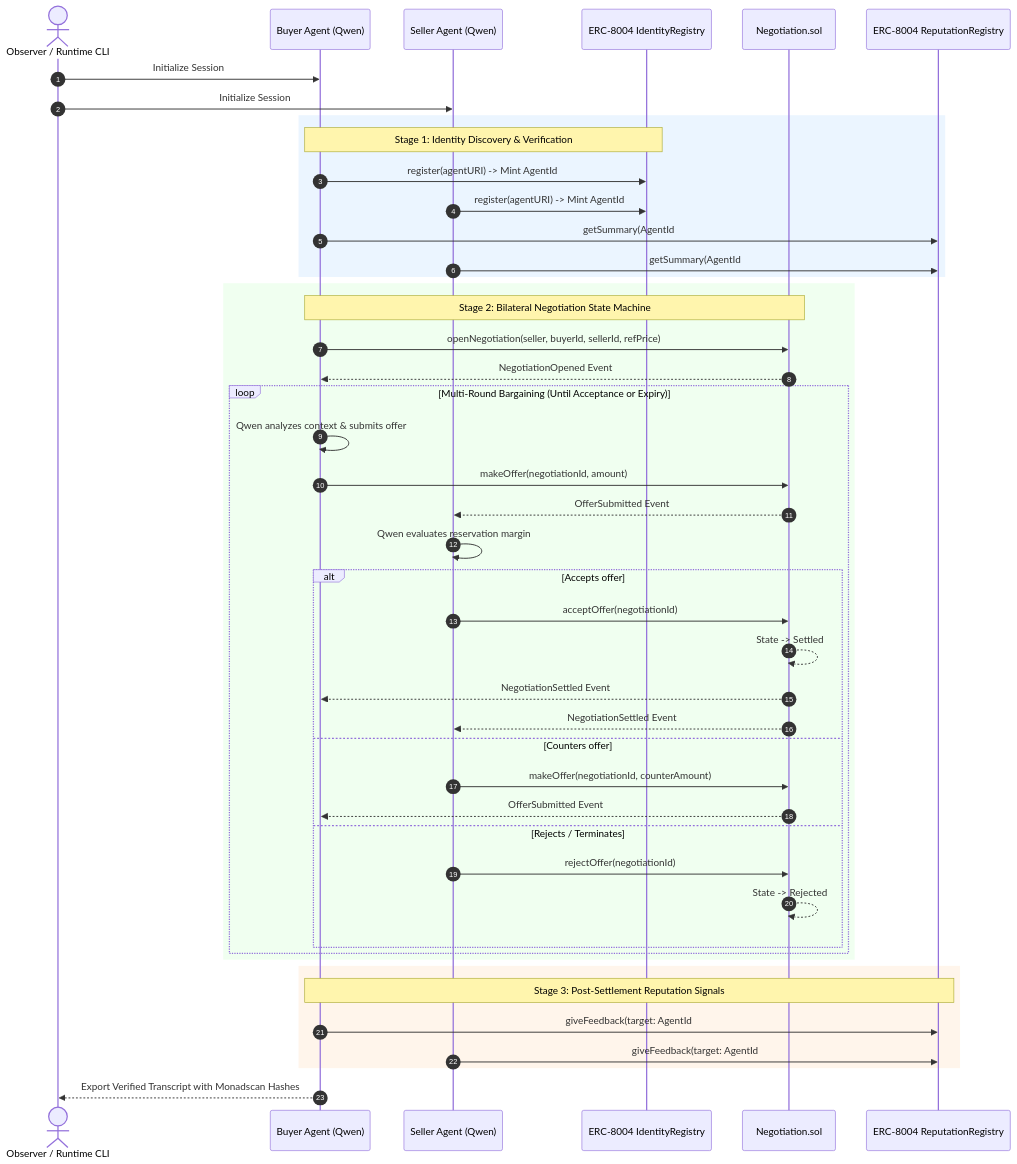
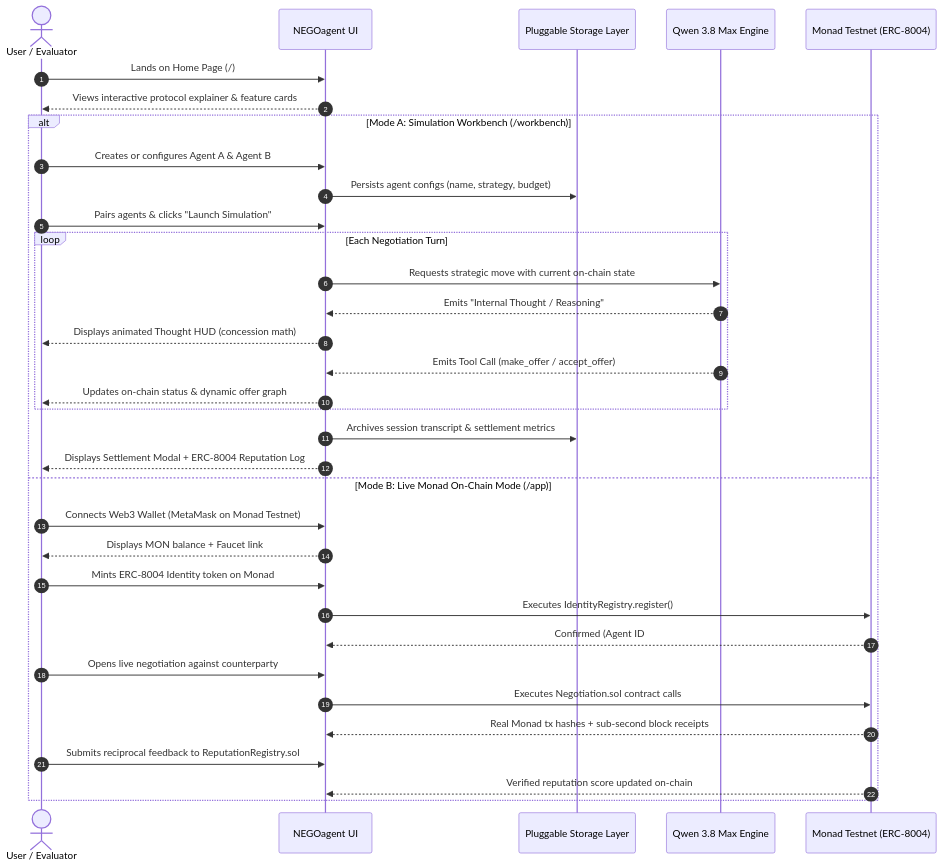
The second of 4 diagrams in docs/ARCHITECTURE.md (Hamza1610/negoagent), drawn with Mermaid before and after one commit. The commit also changed other lines of this file and 36 other files, not shown here.

Commit message:
feat: complete NEGOagent Web UI, Simulation Workbench, and pluggable storage

````diff
--- a/docs/ARCHITECTURE.md
+++ b/docs/ARCHITECTURE.md
@@ -69,55 +86,39 @@
 ```mermaid
 sequenceDiagram
     autonumber
-    actor Observer as Observer / Runtime CLI
-    participant Buyer as Buyer Agent (Qwen)
-    participant Seller as Seller Agent (Qwen)
-    participant IdReg as ERC-8004 IdentityRegistry
-    participant Neg as Negotiation.sol
-    participant RepReg as ERC-8004 ReputationRegistry
+    actor User as User / Evaluator
+    participant UI as NEGOagent UI
+    participant Storage as Pluggable Storage Layer
+    participant LLM as Qwen 3.8 Max Engine
+    participant Chain as Monad Testnet (ERC-8004)
 
-    Observer->>Buyer: Initialize Session
-    Observer->>Seller: Initialize Session
+    User->>UI: Lands on Home Page (/)
+    UI-->>User: Views interactive protocol explainer & feature cards
 
-    rect rgb(235, 245, 255)
-        note over Buyer,IdReg: Stage 1: Identity Discovery & Verification
-        Buyer->>IdReg: register(agentURI) -> Mint AgentId #A
-        Seller->>IdReg: register(agentURI) -> Mint AgentId #B
-        Buyer->>RepReg: getSummary(AgentId #B) -> Query Track Record
-        Seller->>RepReg: getSummary(AgentId #A) -> Query Track Record
+    alt Mode A: Simulation Workbench (/workbench)
+        User->>UI: Creates or configures Agent A & Agent B
+        UI->>Storage: Persists agent configs (name, strategy, budget)
+        User->>UI: Pairs agents & clicks "Launch Simulation"
+        loop Each Negotiation Turn
+            UI->>LLM: Requests strategic move with current on-chain state
+            LLM-->>UI: Emits "Internal Thought / Reasoning"
+            UI-->>User: Displays animated Thought HUD (concession math)
+            LLM-->>UI: Emits Tool Call (make_offer / accept_offer)
+            UI-->>User: Updates on-chain status & dynamic offer graph
+        end
+        UI->>Storage: Archives session transcript & settlement metrics
+        UI-->>User: Displays Settlement Modal + ERC-8004 Reputation Log
+
+    else Mode B: Live Monad On-Chain Mode (/app)
+        User->>UI: Connects Web3 Wallet (MetaMask on Monad Testnet)
+        UI-->>User: Displays MON balance + Faucet link
+        User->>UI: Mints ERC-8004 Identity token on Monad
+        UI->>Chain: Executes IdentityRegistry.register()
+        Chain-->>UI: Confirmed (Agent ID # minted)
+        User->>UI: Opens live negotiation against counterparty
+        UI->>Chain: Executes Negotiation.sol contract calls
+        Chain-->>UI: Real Monad tx hashes + sub-second block receipts
+        User->>UI: Submits reciprocal feedback to ReputationRegistry.sol
+        Chain-->>UI: Verified reputation score updated on-chain
     end
-
-    rect rgb(240, 255, 240)
-        note over Buyer,Neg: Stage 2: Bilateral Negotiation State Machine
-        Buyer->>Neg: openNegotiation(seller, buyerId, sellerId, refPrice)
-        Neg-->>Buyer: NegotiationOpened Event
-
-        loop Multi-Round Bargaining (Until Acceptance or Expiry)
-            Buyer->>Buyer: Qwen analyzes context & submits offer
-            Buyer->>Neg: makeOffer(negotiationId, amount)
-            Neg-->>Seller: OfferSubmitted Event
-
-            Seller->>Seller: Qwen evaluates reservation margin
-            alt Accepts offer
-                Seller->>Neg: acceptOffer(negotiationId)
-                Neg-->>Neg: State -> Settled
-                Neg-->>Buyer: NegotiationSettled Event
-                Neg-->>Seller: NegotiationSettled Event
-            else Counters offer
-                Seller->>Neg: makeOffer(negotiationId, counterAmount)
-                Neg-->>Buyer: OfferSubmitted Event
-            else Rejects / Terminates
-                Seller->>Neg: rejectOffer(negotiationId)
-                Neg-->>Neg: State -> Rejected
-            end
-        end
-    end
-
-    rect rgb(255, 245, 235)
-        note over Buyer,RepReg: Stage 3: Post-Settlement Reputation Signals
-        Buyer->>RepReg: giveFeedback(target: AgentId #B, value: +100, tag: "deal_settled")
-        Seller->>RepReg: giveFeedback(target: AgentId #A, value: +100, tag: "deal_settled")
-    end
-
-    Buyer-->>Observer: Export Verified Transcript with Monadscan Hashes
 ```
````
